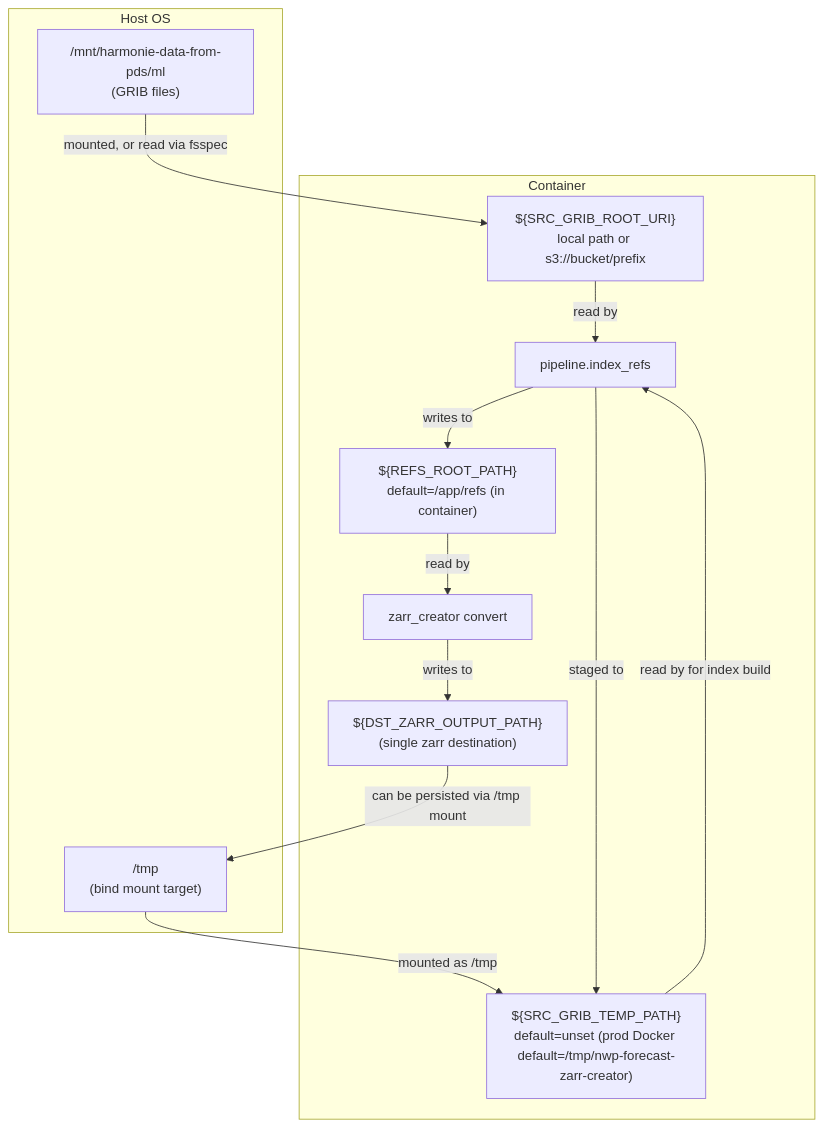
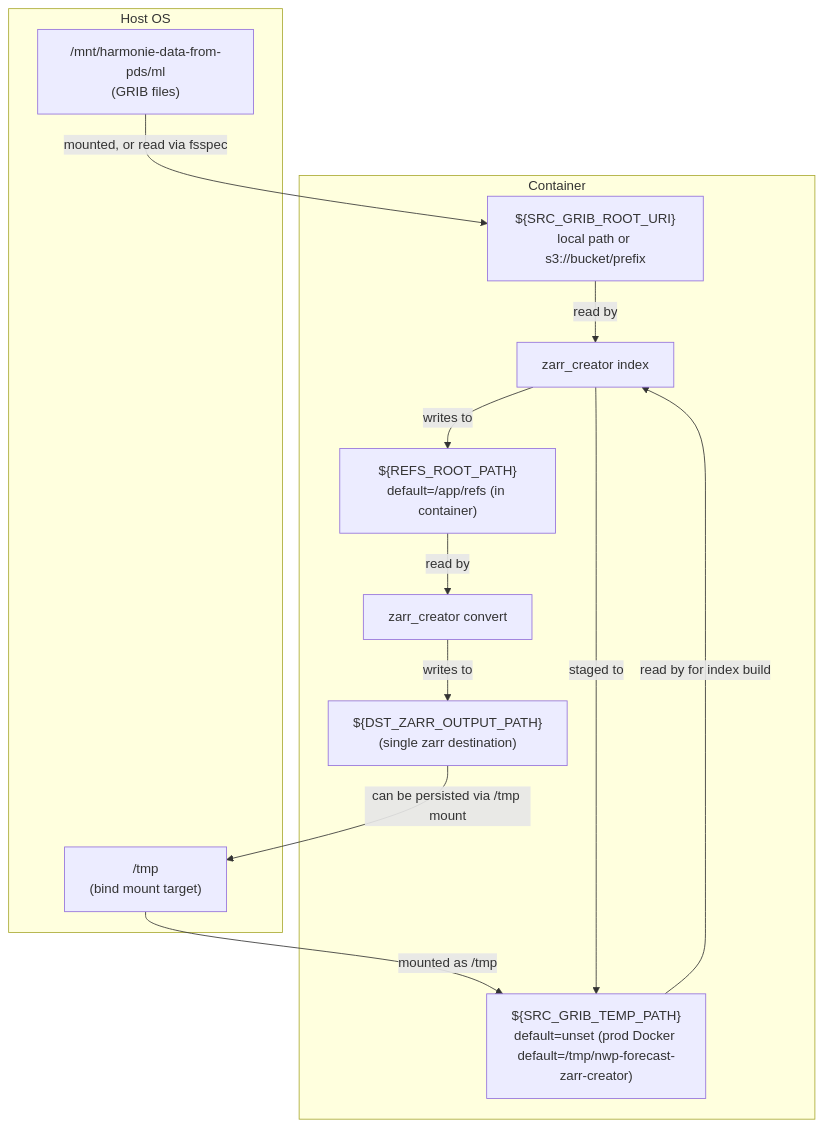
Before and after one commit to dmidk/nwp-forecast-zarr-creator: the second of 2 diagrams in README.md, drawn with Mermaid. The commit also changed other lines of this file and 8 other files, not shown here.

````diff
--- a/README.md
+++ b/README.md
@@ -142,26 +142,26 @@
 ```mermaid
 flowchart TB
   subgraph H["Host OS"]
     H1["/mnt/harmonie-data-from-pds/ml<br/>(GRIB files)"]
     H2["/tmp<br/>(bind mount target)"]
   end
 
   subgraph C["Container"]
     C1["${SRC_GRIB_ROOT_URI}<br/>local path or s3://bucket/prefix"]
     C2["${SRC_GRIB_TEMP_PATH}<br/>default=unset (prod Docker default=/tmp/nwp-forecast-zarr-creator)"]
-    C3["pipeline.index_refs"]
+    C3["zarr_creator index"]
     C4["${REFS_ROOT_PATH}<br/>default=/app/refs (in container)"]
     C5["zarr_creator convert"]
     C6["${DST_ZARR_OUTPUT_PATH}<br/>(single zarr destination)"]
   end
 
   H1 -->|mounted, or read via fsspec| C1
   H2 -->|mounted as /tmp| C2
   C1 -->|read by| C3
   C3 -->|staged to| C2
   C2 -->|read by for index build| C3
   C3 -->|writes to| C4
   C4 -->|read by| C5
   C5 -->|writes to| C6
   C6 -->|can be persisted via /tmp mount| H2
 ```
````
